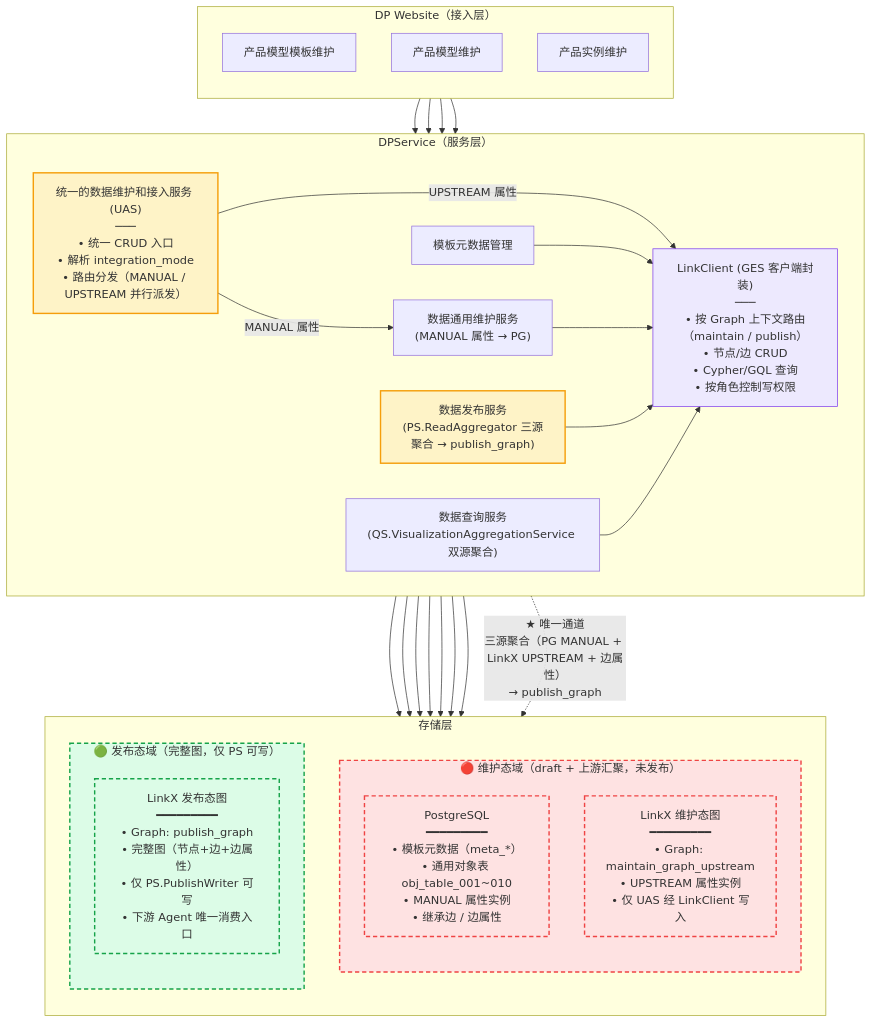
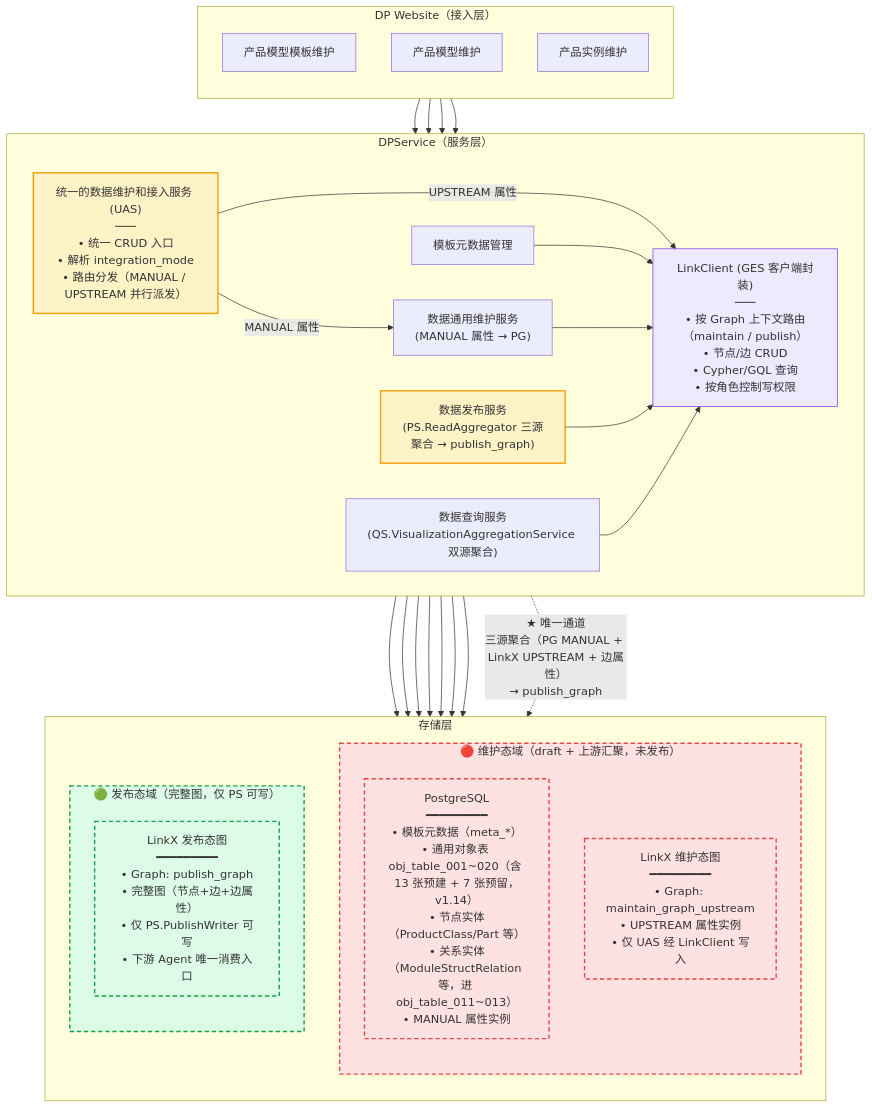
Before and after one commit to goflyboy/digitalproduct: the first of 20 diagrams in docs/数字产品系统架构设计说明书.md, drawn with Mermaid. The commit also changed other lines of this file and 4 other files, not shown here.

````diff
--- a/docs/数字产品系统架构设计说明书.md
+++ b/docs/数字产品系统架构设计说明书.md
@@ -1455,71 +1457,71 @@
 ```mermaid
 flowchart TB
     subgraph DPWebsite["DP Website（接入层）"]
         direction TB
         T1["产品模型模板维护"]
         T2["产品模型维护"]
         T3["产品实例维护"]
     end
 
     subgraph DPService["DPService（服务层）"]
         direction TB
 
         UAS["统一的数据维护和接入服务 (UAS)<br/>───<br/>• 统一 CRUD 入口<br/>• 解析 integration_mode<br/>• 路由分发（MANUAL / UPSTREAM 并行派发）"]
 
         direction LR
         TM["模板元数据管理"]
         MS["数据通用维护服务<br/>(MANUAL 属性 → PG)"]
         PS["数据发布服务<br/>(PS.ReadAggregator 三源聚合 → publish_graph)"]
         QS["数据查询服务<br/>(QS.VisualizationAggregationService 双源聚合)"]
         LC["LinkClient (GES 客户端封装)<br/>───<br/>• 按 Graph 上下文路由（maintain / publish）<br/>• 节点/边 CRUD<br/>• Cypher/GQL 查询<br/>• 按角色控制写权限"]
     end
 
     subgraph Storage["存储层"]
         direction TB
 
         subgraph Maintain["🔴 维护态域（draft + 上游汇聚，未发布）"]
             direction TB
-            PG["PostgreSQL<br/>━━━━━━━━━<br/>• 模板元数据（meta_*）<br/>• 通用对象表 obj_table_001~010<br/>• MANUAL 属性实例<br/>• 继承边 / 边属性"]
+            PG["PostgreSQL<br/>━━━━━━━━━<br/>• 模板元数据（meta_*）<br/>• 通用对象表 obj_table_001~020（含 13 张预建 + 7 张预留，v1.14）<br/>• 节点实体（ProductClass/Part 等）<br/>• 关系实体（ModuleStructRelation 等，进 obj_table_011~013）<br/>• MANUAL 属性实例"]
             LNK_M["LinkX 维护态图<br/>━━━━━━━━━<br/>• Graph: maintain_graph_upstream<br/>• UPSTREAM 属性实例<br/>• 仅 UAS 经 LinkClient 写入"]
         end
 
         subgraph Publish["🟢 发布态域（完整图，仅 PS 可写）"]
             direction TB
             LNK_P["LinkX 发布态图<br/>━━━━━━━━━<br/>• Graph: publish_graph<br/>• 完整图（节点+边+边属性）<br/>• 仅 PS.PublishWriter 可写<br/>• 下游 Agent 唯一消费入口"]
         end
     end
 
     T1 --> UAS
     T2 --> UAS
     T3 --> UAS
 
     T1 --> TM
     UAS -->|"MANUAL 属性"| MS
     UAS -->|"UPSTREAM 属性"| LC
 
     TM --> PG
     TM --> LC
     MS --> LC
     MS --> PG
     PS --> PG
     PS --> LC
     QS --> PG
     QS --> LC
 
     LC --> PG
     LC --> LNK_M
     LC --> LNK_P
 
     %% 跨态通道（唯一）
     PS -.->|"★ 唯一通道<br/>三源聚合（PG MANUAL + LinkX UPSTREAM + 边属性）<br/>→ publish_graph"| LNK_P
 
     classDef gate fill:#fef3c7,stroke:#f59e0b,stroke-width:2px;
     class UAS,PS gate;
     classDef maintainBox fill:#fee2e2,stroke:#ef4444,stroke-width:2px,stroke-dasharray: 6 4;
     class Maintain,PG,LNK_M maintainBox;
     classDef publishBox fill:#dcfce7,stroke:#16a34a,stroke-width:2px,stroke-dasharray: 6 4;
     class Publish,LNK_P publishBox;
     classDef store fill:#dbeafe,stroke:#3b82f6;
     classDef lc fill:#ede9fe,stroke:#7c3aed;
     class LC lc;
 ```
````
